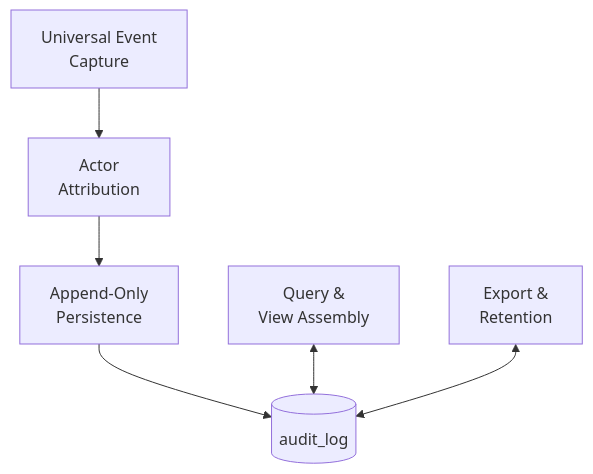
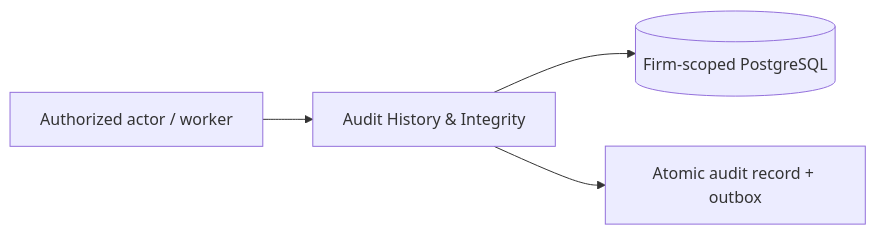
One commit to alokrathava/audit-intelligence-docs-site changed the diagram in docs/modules/12-audit-trail-compliance.md. Above: the diagram before and after it, drawn with Mermaid. The commit also changed other lines of this file and 32 other files, not shown here.

Commit message:
docs: complete Audit Intelligence case study and resolve architectural contradictions

````diff
--- a/docs/modules/12-audit-trail-compliance.md
+++ b/docs/modules/12-audit-trail-compliance.md
@@ -89,13 +42,6 @@
 ```mermaid
-flowchart TB
-    Capture["Universal Event<br/>Capture"]
-    Attr["Actor<br/>Attribution"]
-    Store["Append-Only<br/>Persistence"]
-    Query["Query &<br/>View Assembly"]
-    Export["Export &<br/>Retention"]
-    DB[("audit_log")]
-
-    Capture --> Attr --> Store --> DB
-    Query <--> DB
-    Export <--> DB
+flowchart LR
+  Actor["Authorized actor / worker"] --> App["Audit History & Integrity"]
+  App --> DB[("Firm-scoped PostgreSQL")]
+  App --> Audit["Atomic audit record + outbox"]
 ```
````
